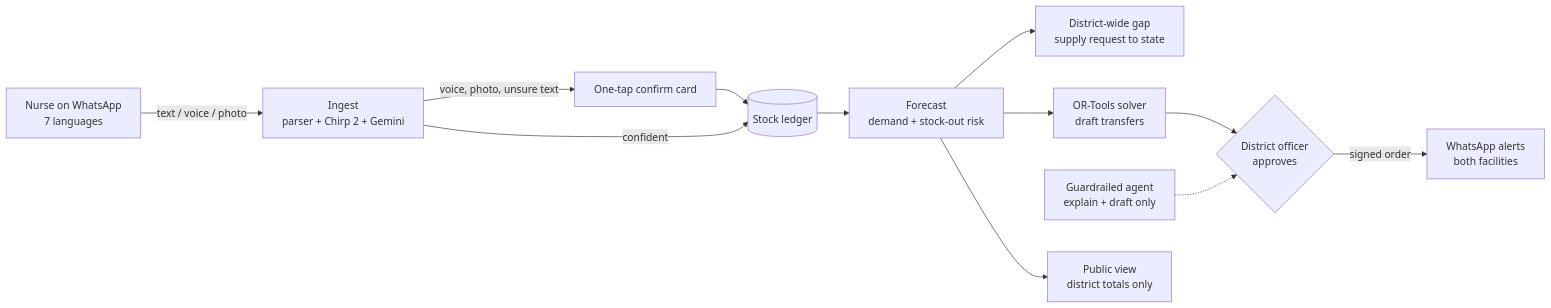
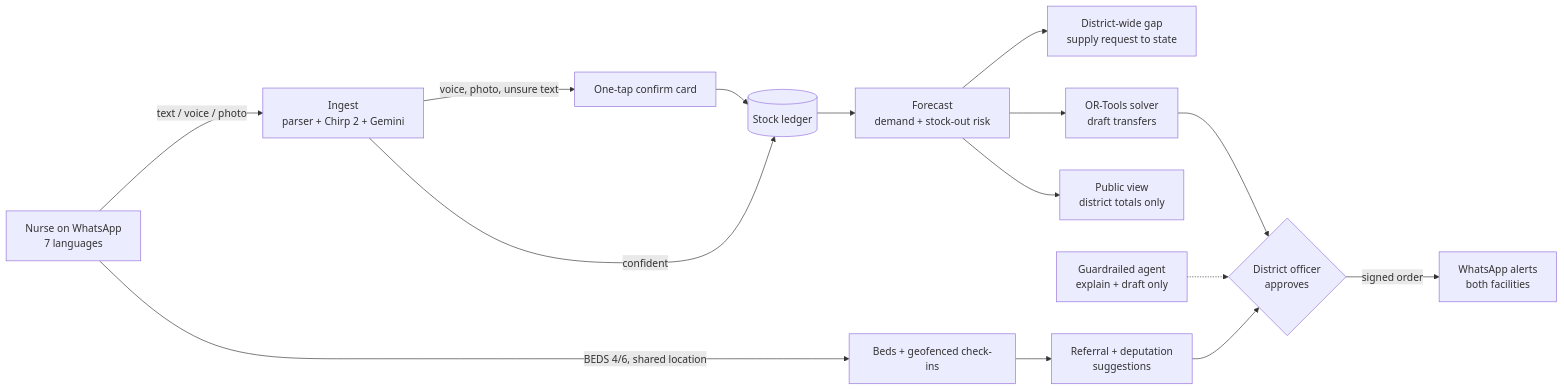
Before and after one commit to akshat333-debug/AushadhiNet: the diagram in README.md, drawn with Mermaid. The commit also changed other lines of this file and 13 other files, not shown here.

````diff
--- a/README.md
+++ b/README.md
@@ -53,14 +75,17 @@
 ```mermaid
 flowchart LR
   N[Nurse on WhatsApp<br/>7 languages] -->|text / voice / photo| I[Ingest<br/>parser + Chirp 2 + Gemini]
+  N -->|BEDS 4/6, shared location| K[Beds + geofenced check-ins]
   I -->|voice, photo, unsure text| C[One-tap confirm card]
   C --> L[(Stock ledger)]
   I -->|confident| L
   L --> F[Forecast<br/>demand + stock-out risk]
   F --> E[District-wide gap<br/>supply request to state]
   F --> O[OR-Tools solver<br/>draft transfers]
+  K --> R[Referral + deputation<br/>suggestions]
   O --> A{District officer<br/>approves}
+  R --> A
   G[Guardrailed agent<br/>explain + draft only] -.-> A
   A -->|signed order| W[WhatsApp alerts<br/>both facilities]
   F --> P[Public view<br/>district totals only]
 ```
````
